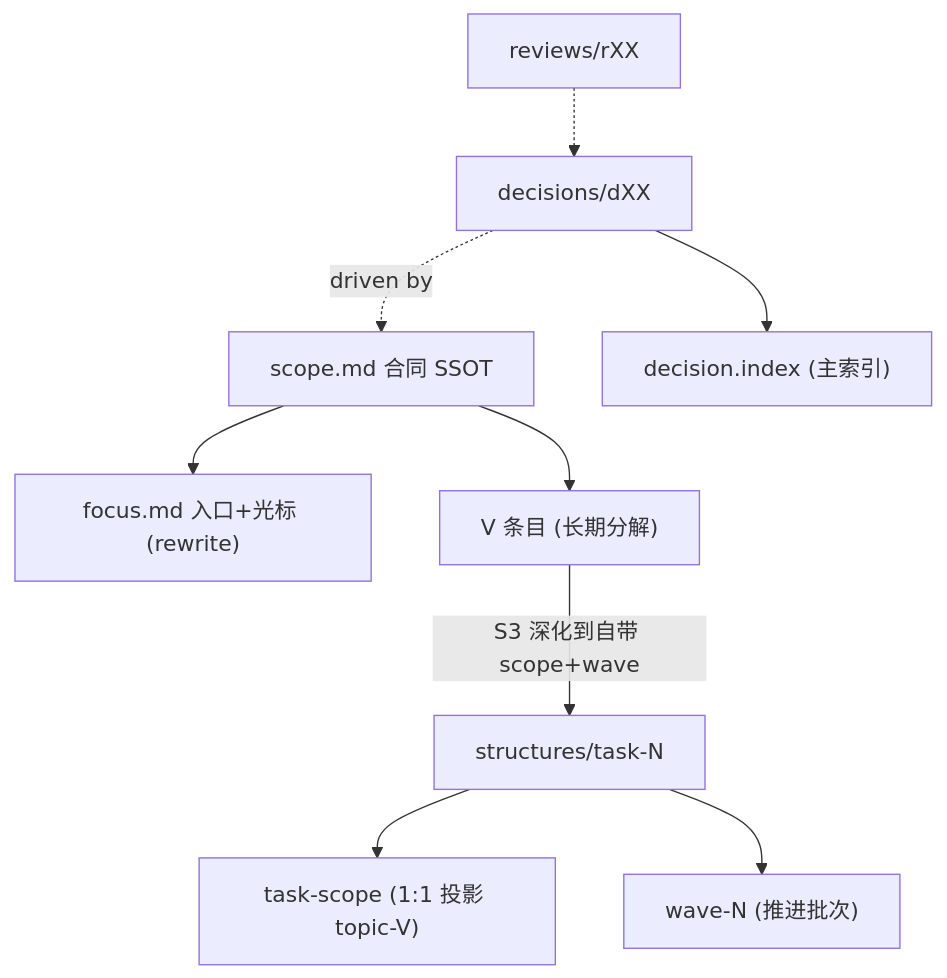
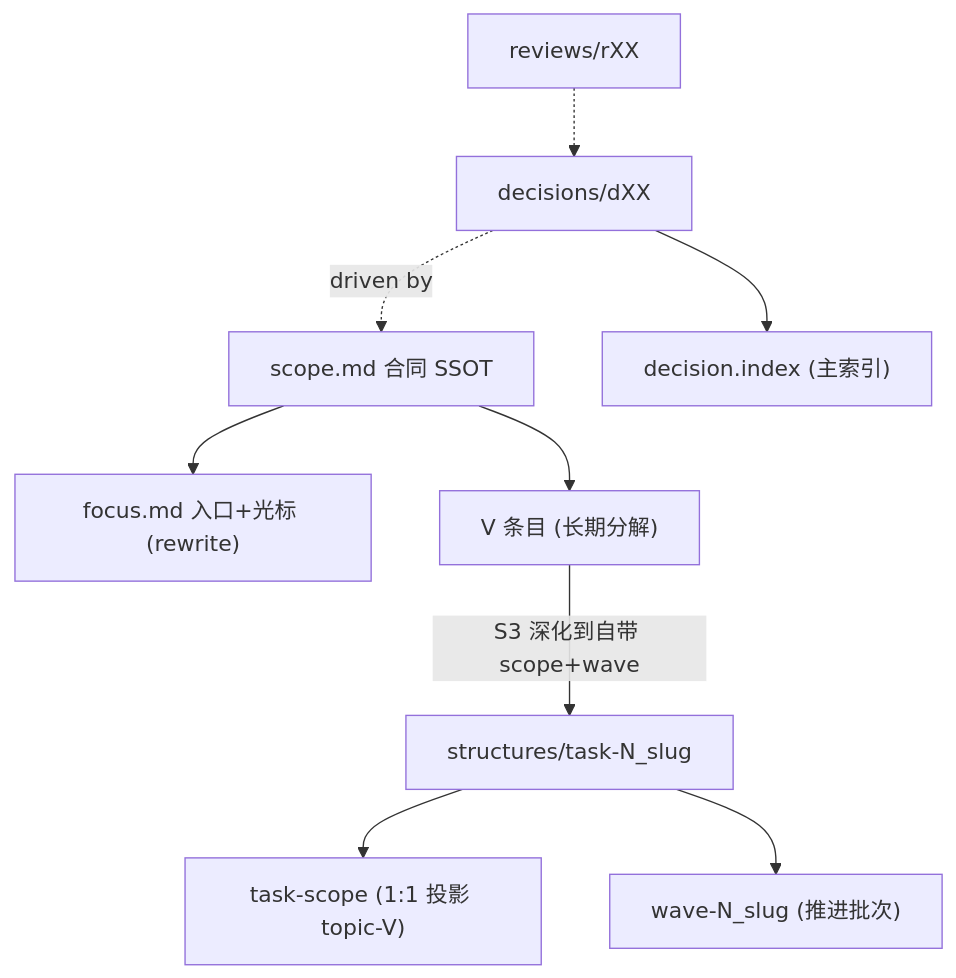
Before and after one commit to ArnoFrost/prism: the diagram in skills/workflow/shared/topic-format-spec.md, drawn with Mermaid. The commit also changed other lines of this file and 22 other files, not shown here.

First line of the commit message:
feat(workflow): 支持 task 与 wave 可读路径

````diff
--- a/skills/workflow/shared/topic-format-spec.md
+++ b/skills/workflow/shared/topic-format-spec.md
@@ -37,11 +37,11 @@
 ```mermaid
 flowchart TD
   scope["scope.md 合同 SSOT"] --> focus["focus.md 入口+光标 (rewrite)"]
   scope --> Vitems["V 条目 (长期分解)"]
-  Vitems -->|"S3 深化到自带 scope+wave"| task["structures/task-N"]
+  Vitems -->|"S3 深化到自带 scope+wave"| task["structures/task-N_slug"]
   task --> taskscope["task-scope (1:1 投影 topic-V)"]
-  task --> wave["wave-N (推进批次)"]
+  task --> wave["wave-N_slug (推进批次)"]
   reviews["reviews/rXX"] -.-> decisions["decisions/dXX"]
   decisions -.driven by.-> scope
   decisions --> dindex["decision.index (主索引)"]
 ```
````
